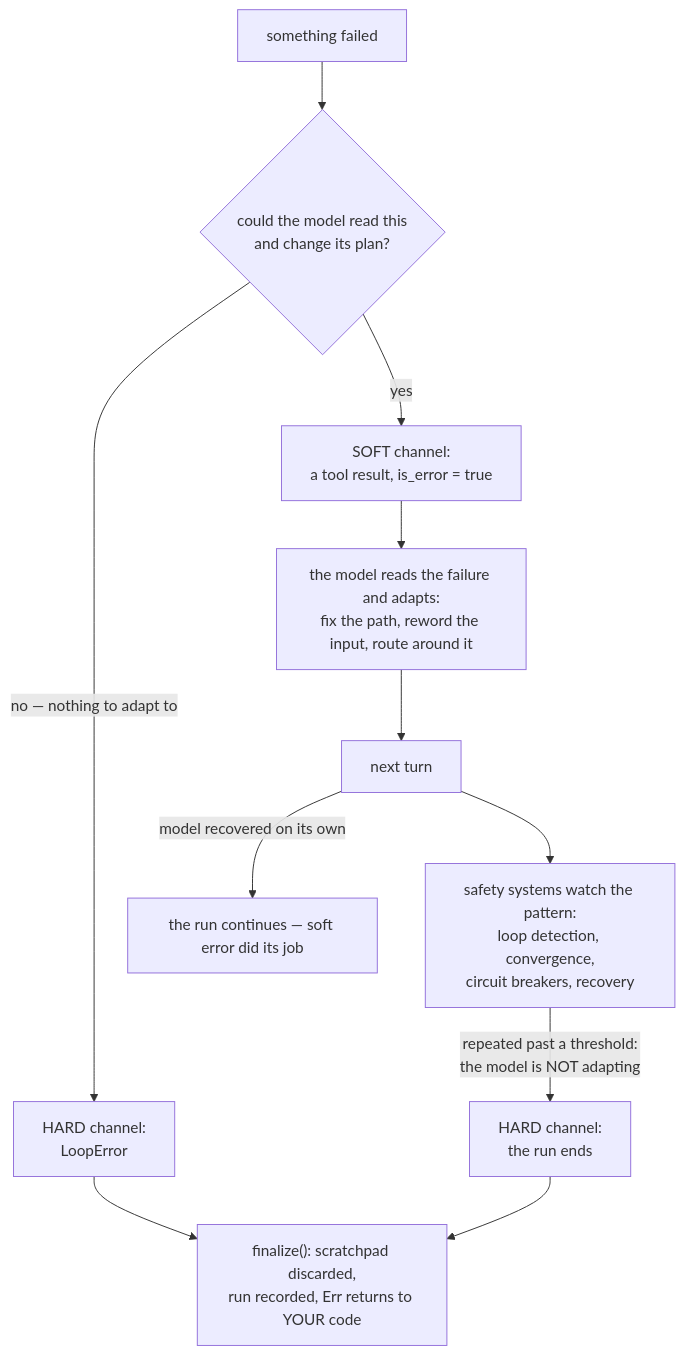
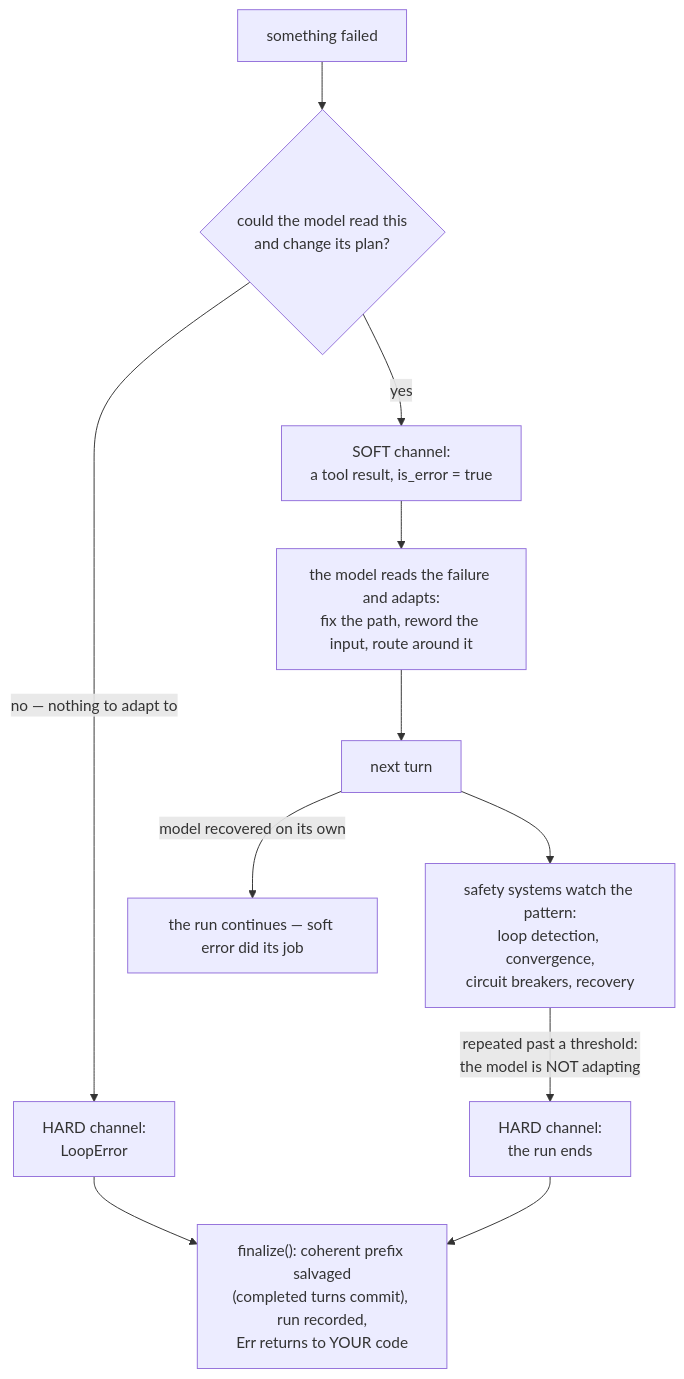
Before and after one commit to dch-labs/loopctl-web: the diagram in knowledge-base/09-principles/04-soft-and-hard-errors.md, drawn with Mermaid. The commit also changed other lines of this file and 221 other files, not shown here.

````diff
--- a/knowledge-base/09-principles/04-soft-and-hard-errors.md
+++ b/knowledge-base/09-principles/04-soft-and-hard-errors.md
@@ -24,13 +24,13 @@
 ```mermaid
 flowchart TD
     F["something failed"] --> Q{"could the model read this<br/>and change its plan?"}
     Q -- yes --> SOFT["SOFT channel:<br/>a tool result, is_error = true"]
     SOFT --> MODEL["the model reads the failure and adapts:<br/>fix the path, reword the input, route around it"]
     MODEL --> AGAIN["next turn"]
     AGAIN --> WATCH["safety systems watch the pattern:<br/>loop detection, convergence,<br/>circuit breakers, recovery"]
     AGAIN -- "model recovered on its own" --> OK["the run continues — soft error did its job"]
     WATCH -- "repeated past a threshold:<br/>the model is NOT adapting" --> HARD2["HARD channel:<br/>the run ends"]
     Q -- "no — nothing to adapt to" --> HARD["HARD channel:<br/>LoopError"]
-    HARD --> FIN["finalize(): scratchpad discarded,<br/>run recorded, Err returns to YOUR code"]
+    HARD --> FIN["finalize(): coherent prefix salvaged<br/>(completed turns commit), run recorded,<br/>Err returns to YOUR code"]
     HARD2 --> FIN
 ```
````
